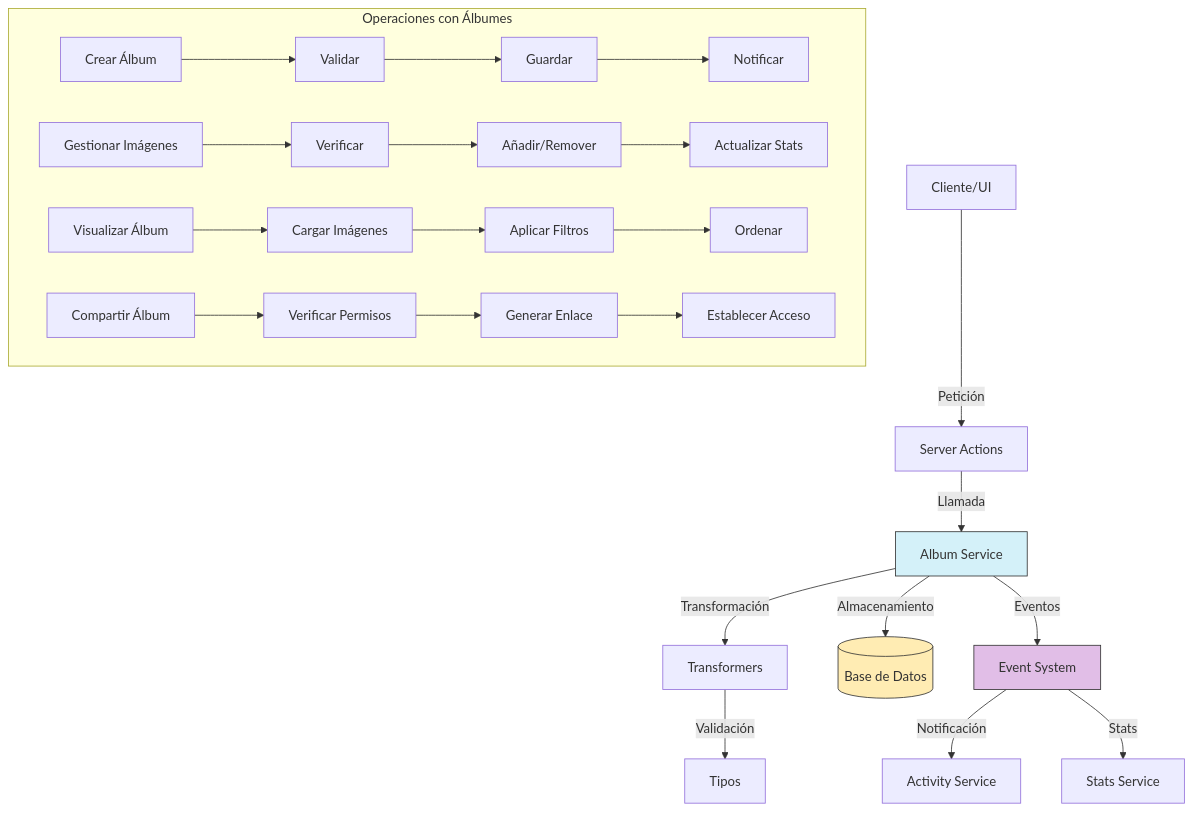
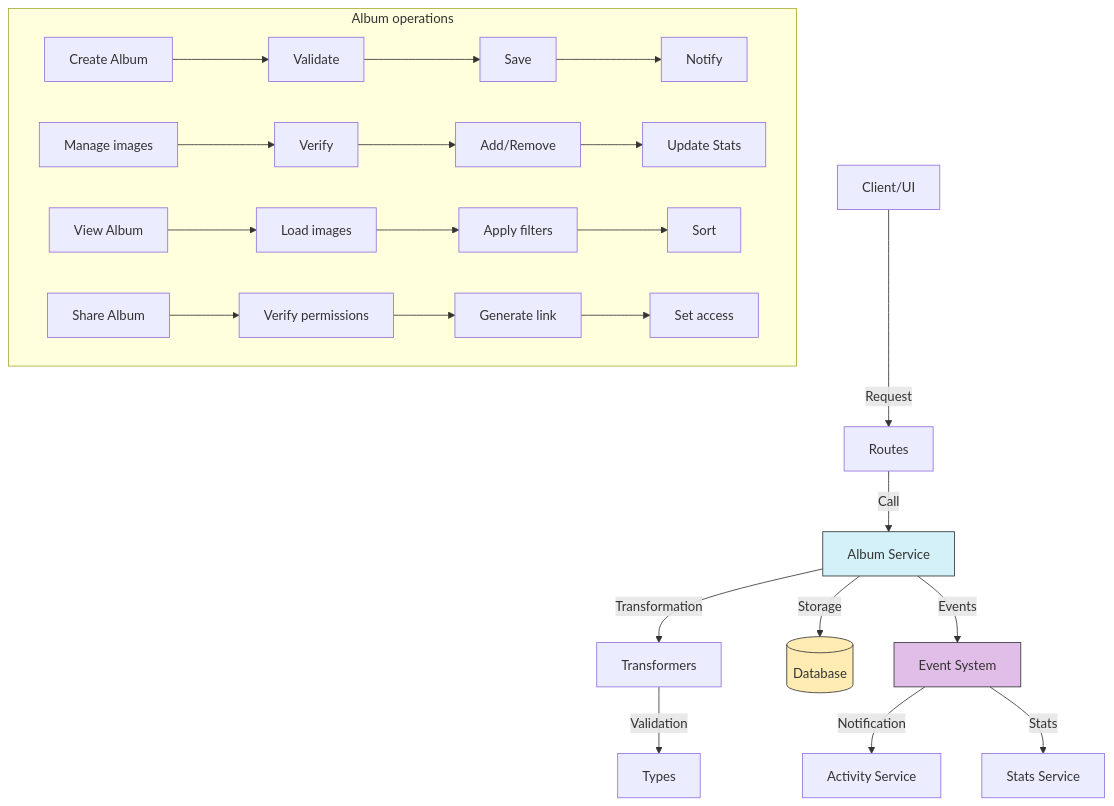
Before and after one commit to gvastethecreator/media-manager: the diagram in src/services/album/README.md, drawn with Mermaid. The commit also changed other lines of this file and 98 other files, not shown here.

Commit message:
docs: initialize comprehensive architectural documentation and component-level README files across the repository.

````diff
--- a/src/services/album/README.md
+++ b/src/services/album/README.md
@@ -9,33 +15,33 @@
 ```mermaid
 graph TD
-    A[Cliente/UI] -->|Petición| B[Server Actions]
-    B -->|Llamada| C[Album Service]
-    C -->|Transformación| D[Transformers]
-    D -->|Validación| E[Tipos]
-    C -->|Almacenamiento| F[(Base de Datos)]
-    C -->|Eventos| G[Event System]
-    G -->|Notificación| H[Activity Service]
+    A[Client/UI] -->|Request| B[Routes]
+    B -->|Call| C[Album Service]
+    C -->|Transformation| D[Transformers]
+    D -->|Validation| E[Types]
+    C -->|Storage| F[(Database)]
+    C -->|Events| G[Event System]
+    G -->|Notification| H[Activity Service]
     G -->|Stats| I[Stats Service]
 
-    subgraph "Operaciones con Álbumes"
-        J[Crear Álbum] --> K[Validar]
-        K --> L[Guardar]
-        L --> M[Notificar]
+    subgraph "Album operations"
+        J[Create Album] --> K[Validate]
+        K --> L[Save]
+        L --> M[Notify]
 
-        N[Gestionar Imágenes] --> O[Verificar]
-        O --> P[Añadir/Remover]
-        P --> Q[Actualizar Stats]
+        N[Manage images] --> O[Verify]
+        O --> P[Add/Remove]
+        P --> Q[Update Stats]
 
-        R[Visualizar Álbum] --> S[Cargar Imágenes]
-        S --> T[Aplicar Filtros]
-        T --> U[Ordenar]
+        R[View Album] --> S[Load images]
+        S --> T[Apply filters]
+        T --> U[Sort]
 
-        V[Compartir Álbum] --> W[Verificar Permisos]
-        W --> X[Generar Enlace]
-        X --> Y[Establecer Acceso]
+        V[Share Album] --> W[Verify permissions]
+        W --> X[Generate link]
+        X --> Y[Set access]
     end
 
     style C fill:#d4f1f9,stroke:#333,stroke-width:1px
     style F fill:#ffecb3,stroke:#333,stroke-width:1px
     style G fill:#e1bee7,stroke:#333,stroke-width:1px
 ```
````
